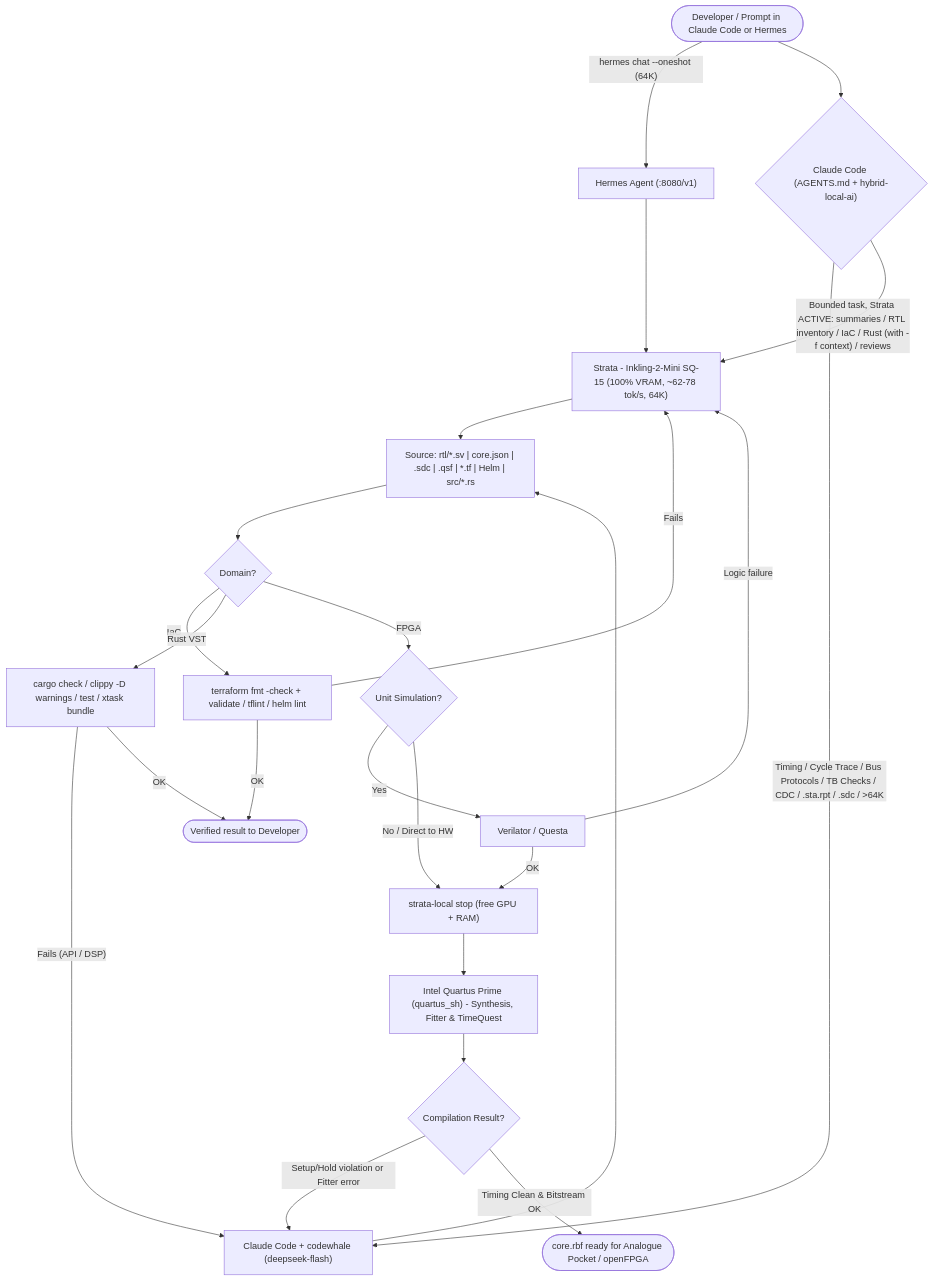
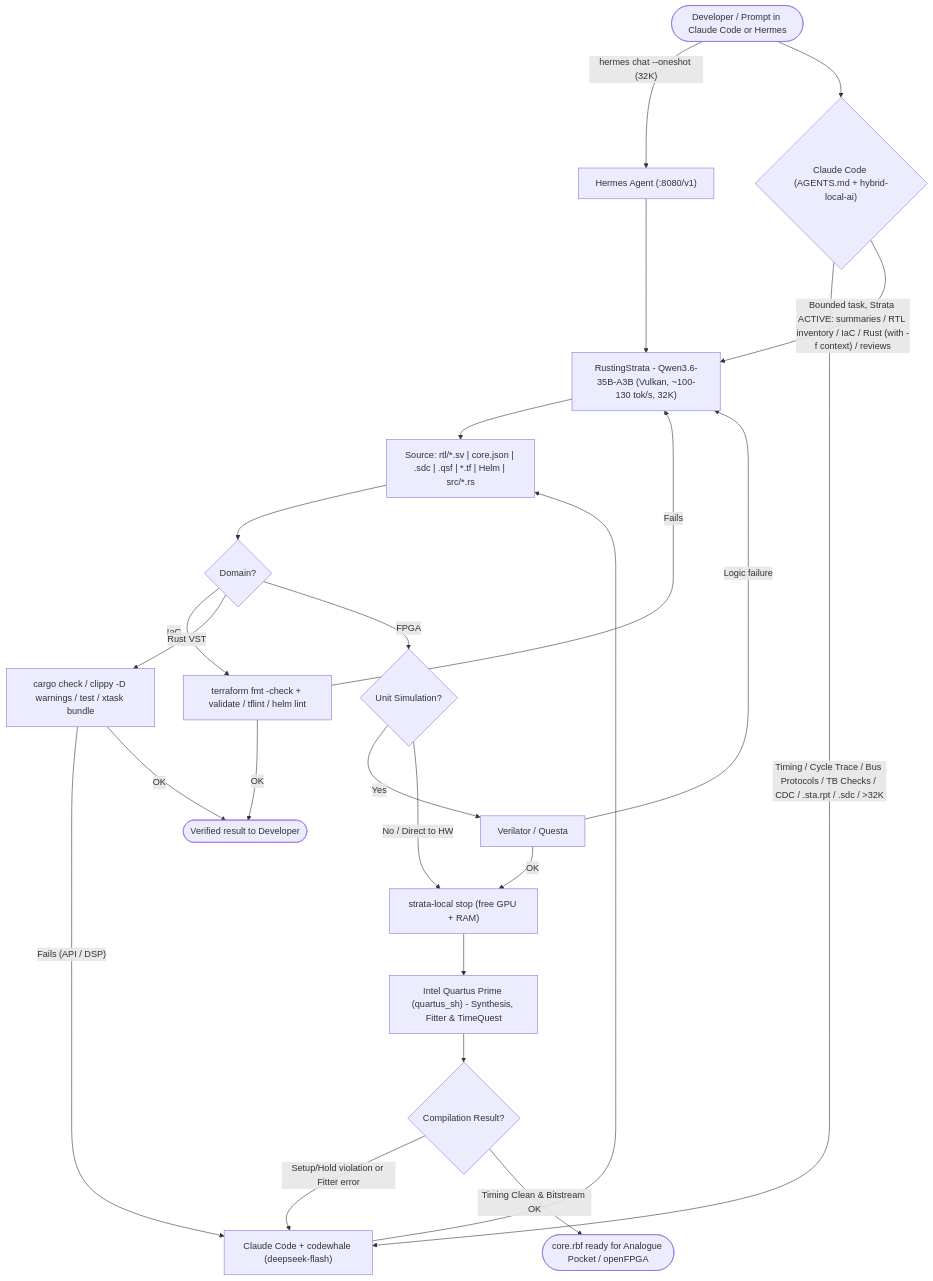
The third of 3 diagrams in docs/ai-fpga-workflow.md (DanimanX/9070FpgaIAWorkflow), drawn with Mermaid before and after one commit. The commit also changed other lines of this file and 8 other files, not shown here.

First line of the commit message:
feat: switch local minion to RustingStrata + Qwen3.6-35B-A3B (Vulkan)

````diff
--- a/docs/ai-fpga-workflow.md
+++ b/docs/ai-fpga-workflow.md
@@ -100,31 +100,31 @@
 ```mermaid
 flowchart TD
-    Dev(["Developer / Prompt in Claude Code or Hermes"]) -->|"hermes chat --oneshot (64K)"| Hermes["Hermes Agent (:8080/v1)"]
+    Dev(["Developer / Prompt in Claude Code or Hermes"]) -->|"hermes chat --oneshot (32K)"| Hermes["Hermes Agent (:8080/v1)"]
     Hermes --> Strata
     Dev --> Claude{"Claude Code (AGENTS.md + hybrid-local-ai)"}
 
-    Claude -->|"Timing / Cycle Trace / Bus Protocols / TB Checks / CDC / .sta.rpt / .sdc / >64K"| Arch["Claude Code + codewhale (deepseek-flash)"]
-    Claude -->|"Bounded task, Strata ACTIVE: summaries / RTL inventory / IaC / Rust (with -f context) / reviews"| Strata["Strata - Inkling-2-Mini SQ-15 (100% VRAM, ~62-78 tok/s, 64K)"]
+    Claude -->|"Timing / Cycle Trace / Bus Protocols / TB Checks / CDC / .sta.rpt / .sdc / >32K"| Arch["Claude Code + codewhale (deepseek-flash)"]
+    Claude -->|"Bounded task, Strata ACTIVE: summaries / RTL inventory / IaC / Rust (with -f context) / reviews"| Strata["RustingStrata - Qwen3.6-35B-A3B (Vulkan, ~100-130 tok/s, 32K)"]
 
     Arch --> Code["Source: rtl/*.sv | core.json | .sdc | .qsf | *.tf | Helm | src/*.rs"]
     Strata --> Code
 
     Code --> Domain{"Domain?"}
     Domain -->|"IaC"| TF["terraform fmt -check + validate / tflint / helm lint"]
     Domain -->|"Rust VST"| Cargo["cargo check / clippy -D warnings / test / xtask bundle"]
     TF -->|"Fails"| Strata
     Cargo -->|"Fails (API / DSP)"| Arch
     TF -->|"OK"| Done(["Verified result to Developer"])
     Cargo -->|"OK"| Done
 
     Domain -->|"FPGA"| Sim{"Unit Simulation?"}
     Sim -->|"Yes"| Verilator["Verilator / Questa"]
     Verilator -->|"Logic failure"| Strata
     Verilator -->|"OK"| Stop["strata-local stop (free GPU + RAM)"]
     Sim -->|"No / Direct to HW"| Stop
     Stop --> Quartus["Intel Quartus Prime (quartus_sh) - Synthesis, Fitter & TimeQuest"]
 
     Quartus --> Check{"Compilation Result?"}
     Check -->|"Setup/Hold violation or Fitter error"| Arch
     Check -->|"Timing Clean & Bitstream OK"| Bitstream(["core.rbf ready for Analogue Pocket / openFPGA"])
 ```
````
